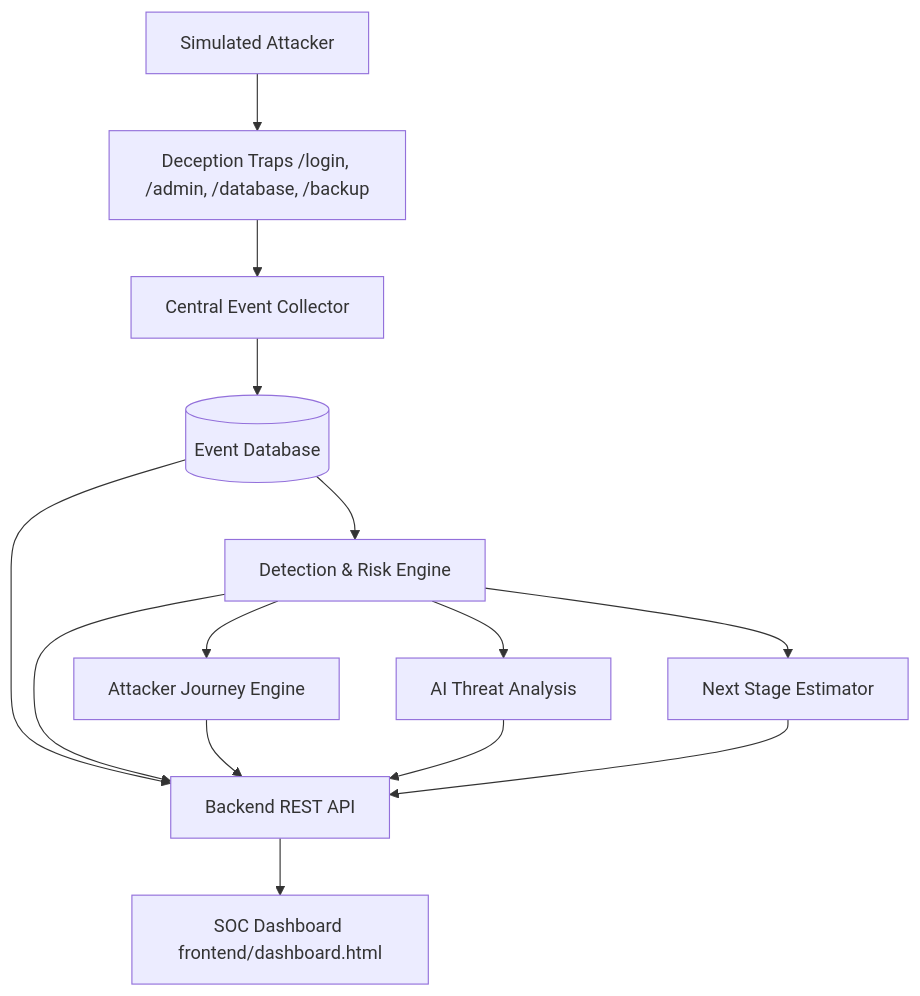
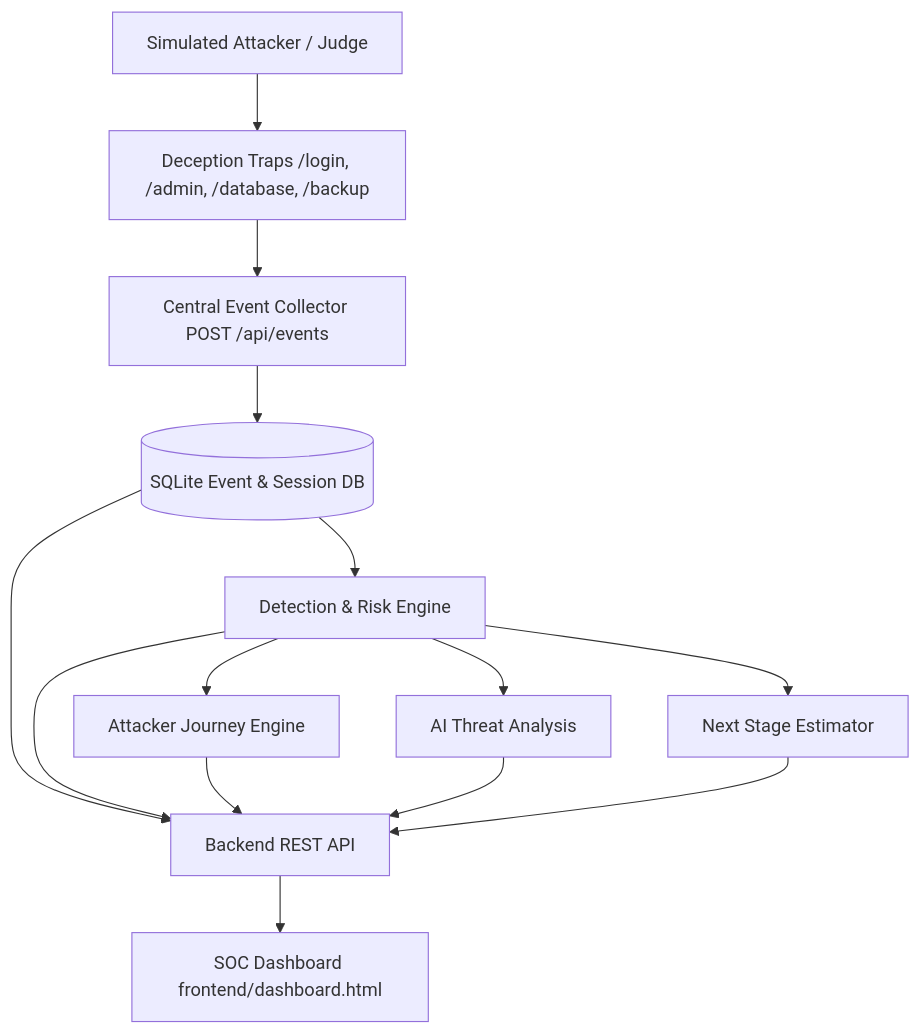
One commit to Sarthak2121006/Net-Decoy changed the diagram in README.md. Above: the diagram before and after it, drawn with Mermaid. The commit also changed other lines of this file, not shown here.

Commit message:
docs(readme): polish end-to-end documentation, architecture diagram, and quickstart guide

````diff
--- a/README.md
+++ b/README.md
@@ -73,18 +66,18 @@
-``` mermaid
+```mermaid
 flowchart TD
-    Attacker[Simulated Attacker] --> Traps[Deception Traps /login, /admin, /database, /backup]
-    Traps --> Collector[Central Event Collector]
-    Collector --> Storage[(Event Database)]
+    Attacker[Simulated Attacker / Judge] --> Traps[Deception Traps /login, /admin, /database, /backup]
+    Traps --> Collector[Central Event Collector POST /api/events]
+    Collector --> Storage[(SQLite Event & Session DB)]
     Storage --> Detection[Detection & Risk Engine]
     Detection --> Journey[Attacker Journey Engine]
     Detection --> AI[AI Threat Analysis]
     Detection --> Predict[Next Stage Estimator]
     
     Storage --> API[Backend REST API]
     Detection --> API
     Journey --> API
     AI --> API
     Predict --> API
 
     API --> Dashboard[SOC Dashboard frontend/dashboard.html]
 ```
````
